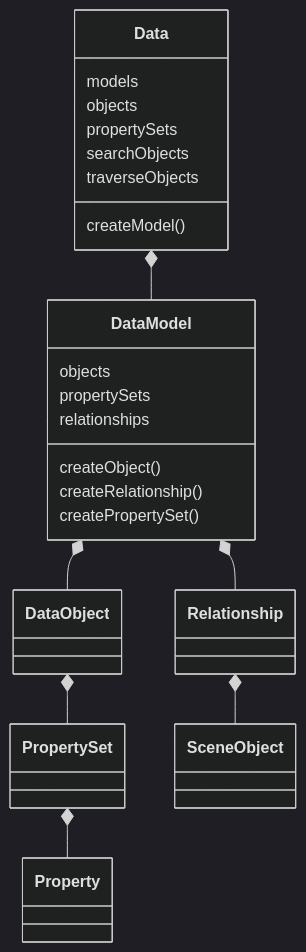
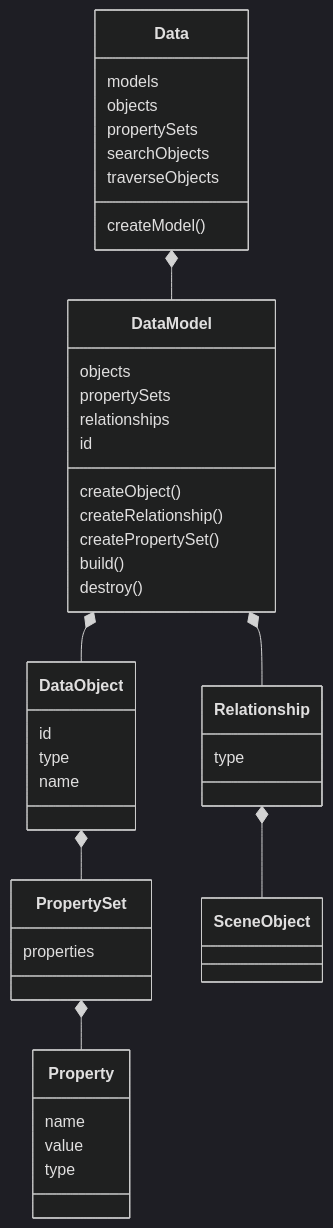
The second of 3 diagrams in README.md (xeokit/sdk), drawn with Mermaid (dark theme) before and after one commit. The commit also changed other lines of this file, not shown here.

````diff
--- a/README.md
+++ b/README.md
@@ -80,21 +82,32 @@
 ```mermaid
 classDiagram
     Data *-- DataModel
     Data : createModel()
     Data : models
     Data : objects
     Data : propertySets
     DataModel *-- DataObject
     DataObject *-- PropertySet
+    DataObject : id
+    DataObject : type
+    DataObject : name
     PropertySet *-- Property
+    PropertySet : properties
+    Property : name
+    Property : value
+    Property : type
     Relationship *-- SceneObject
+    Relationship : type
     DataModel *-- Relationship
     DataModel : createObject()
     DataModel : createRelationship()
     DataModel : createPropertySet()
     DataModel : objects
     DataModel : propertySets
     DataModel : relationships
+    DataModel : build()
+    DataModel : destroy()
     Data : searchObjects
     Data : traverseObjects
+    DataModel : id
 ```
````
